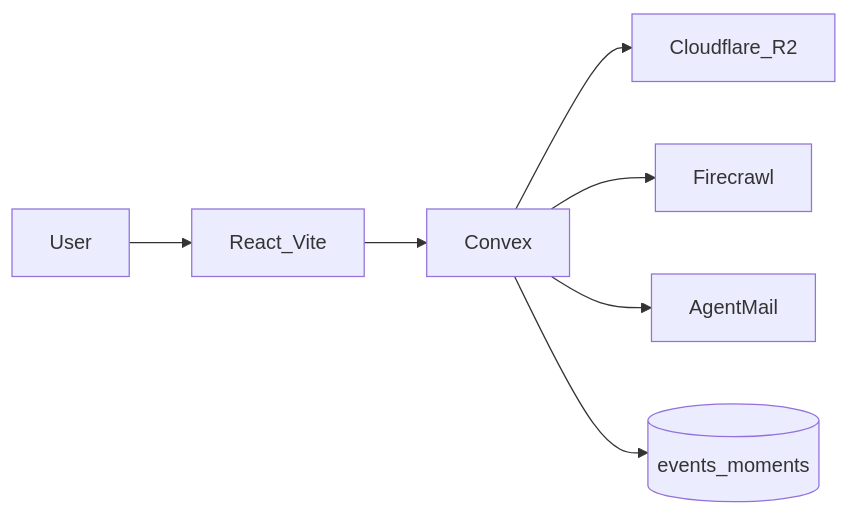
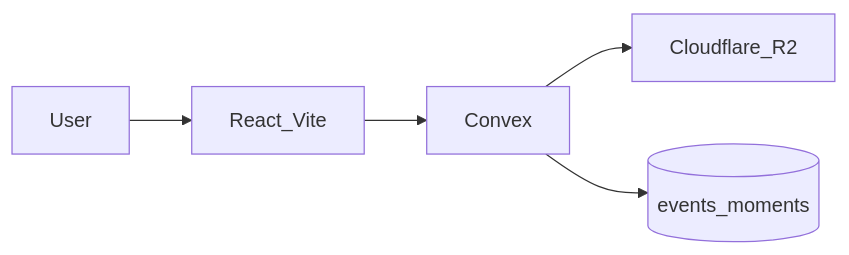
The first of 2 diagrams in plan/plan.md (saranatour1/What_Happened_Hackathon), drawn with Mermaid before and after one commit. The commit also changed other lines of this file and 18 other files, not shown here.

````diff
--- a/plan/plan.md
+++ b/plan/plan.md
@@ -19,9 +17,7 @@
 ```mermaid
 flowchart LR
   User[User] --> UI[React_Vite]
   UI --> Convex[Convex]
   Convex --> R2[Cloudflare_R2]
-  Convex --> FC[Firecrawl]
-  Convex --> AM[AgentMail]
   Convex --> DB[(events_moments)]
 ```
````
